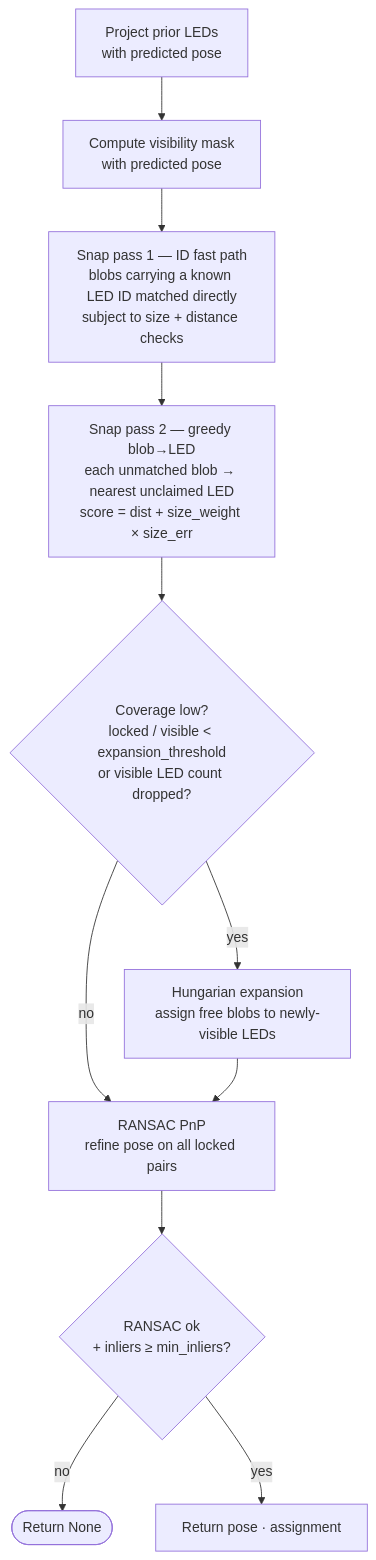
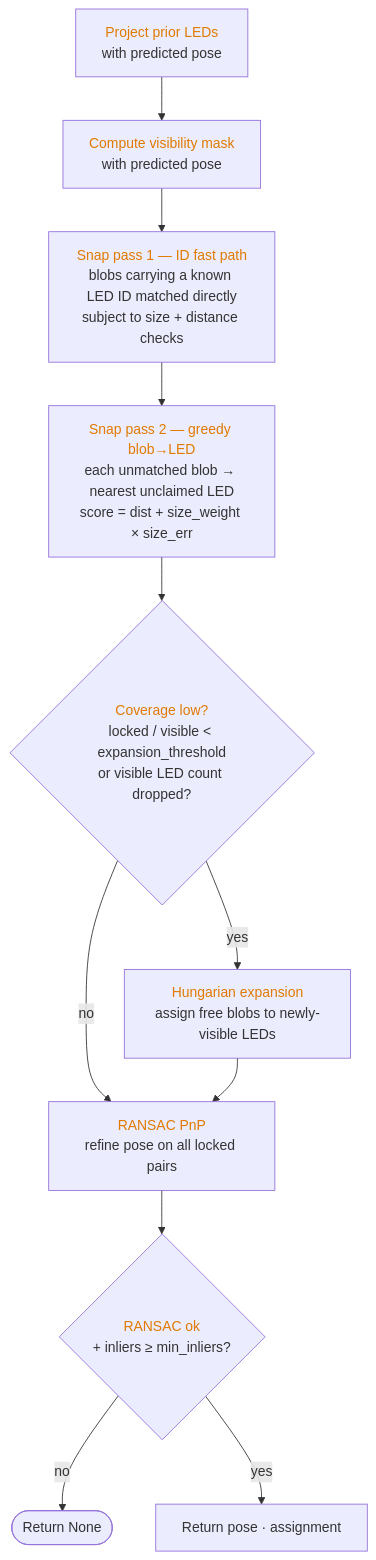
One commit to nikitakarpuks/controller-tracker-python changed the sixth of 7 diagrams in algorithm_overview.md. Above: the diagram before and after it, drawn with Mermaid. The commit also changed other lines of this file and 3 other files, not shown here.

````diff
--- a/algorithm_overview.md
+++ b/algorithm_overview.md
@@ -159,17 +139,17 @@
 ```mermaid
 flowchart TD
-    A[Project prior LEDs\nwith predicted pose] --> B
-    B[Compute visibility mask\nwith predicted pose] --> C
+    A["<font color='#e07a00'>Project prior LEDs</font><br/>with predicted pose"] --> B
+    B["<font color='#e07a00'>Compute visibility mask</font><br/>with predicted pose"] --> C
 
-    C[Snap pass 1 — ID fast path\nblobs carrying a known LED ID matched directly\nsubject to size + distance checks] --> D
+    C["<font color='#e07a00'>Snap pass 1 — ID fast path</font><br/>blobs carrying a known LED ID matched directly<br/>subject to size + distance checks"] --> D
 
-    D[Snap pass 2 — greedy blob→LED\neach unmatched blob → nearest unclaimed LED\nscore = dist + size_weight × size_err] --> E
+    D["<font color='#e07a00'>Snap pass 2 — greedy blob→LED</font><br/>each unmatched blob → nearest unclaimed LED<br/>score = dist + size_weight × size_err"] --> E
 
-    E{Coverage low?\nlocked / visible < expansion_threshold\nor visible LED count dropped?}
-    E -- yes --> F[Hungarian expansion\nassign free blobs to newly-visible LEDs]
+    E{"<font color='#e07a00'>Coverage low?</font><br/>locked / visible < expansion_threshold<br/>or visible LED count dropped?"}
+    E -- yes --> F["<font color='#e07a00'>Hungarian expansion</font><br/>assign free blobs to newly-visible LEDs"]
     E -- no  --> G
-    F --> G[RANSAC PnP\nrefine pose on all locked pairs]
-    G --> H{RANSAC ok\n+ inliers ≥ min_inliers?}
+    F --> G["<font color='#e07a00'>RANSAC PnP</font><br/>refine pose on all locked pairs"]
+    G --> H{"<font color='#e07a00'>RANSAC ok</font><br/>+ inliers ≥ min_inliers?"}
     H -- no  --> I([Return None])
     H -- yes --> J[Return pose · assignment]
 ```
````
